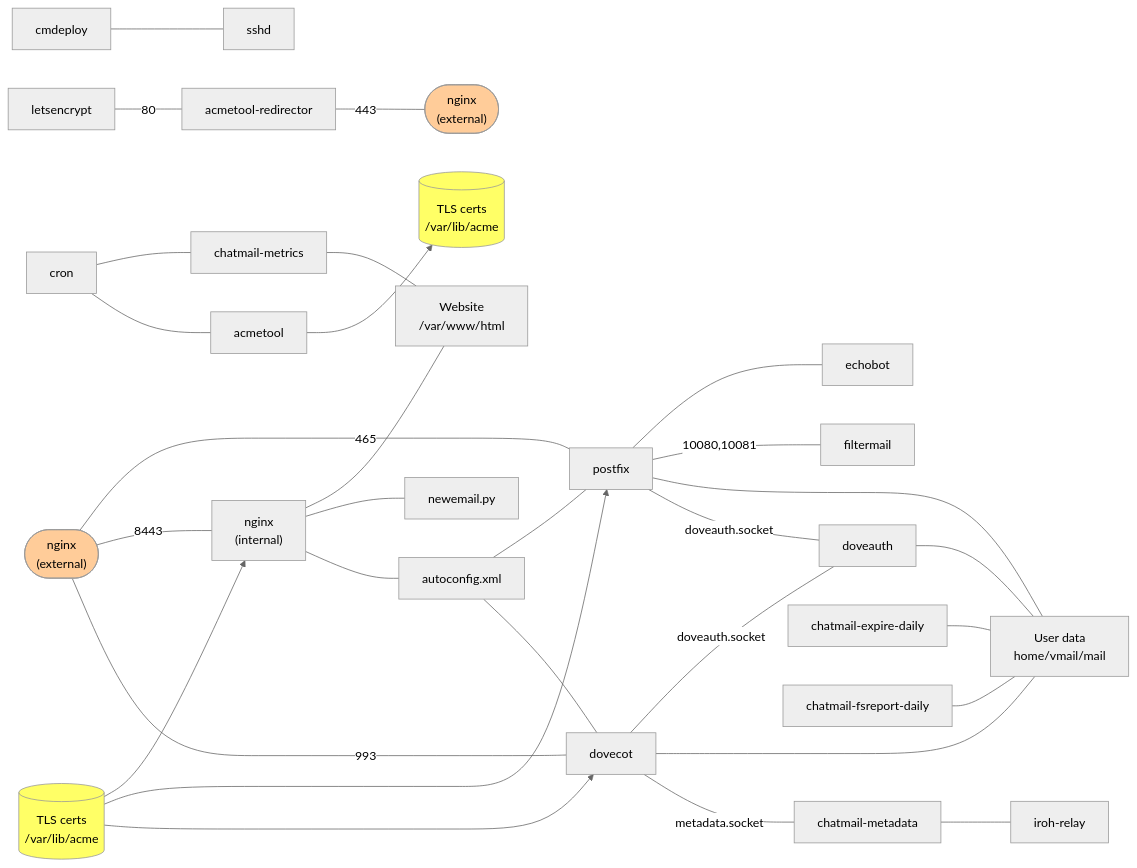
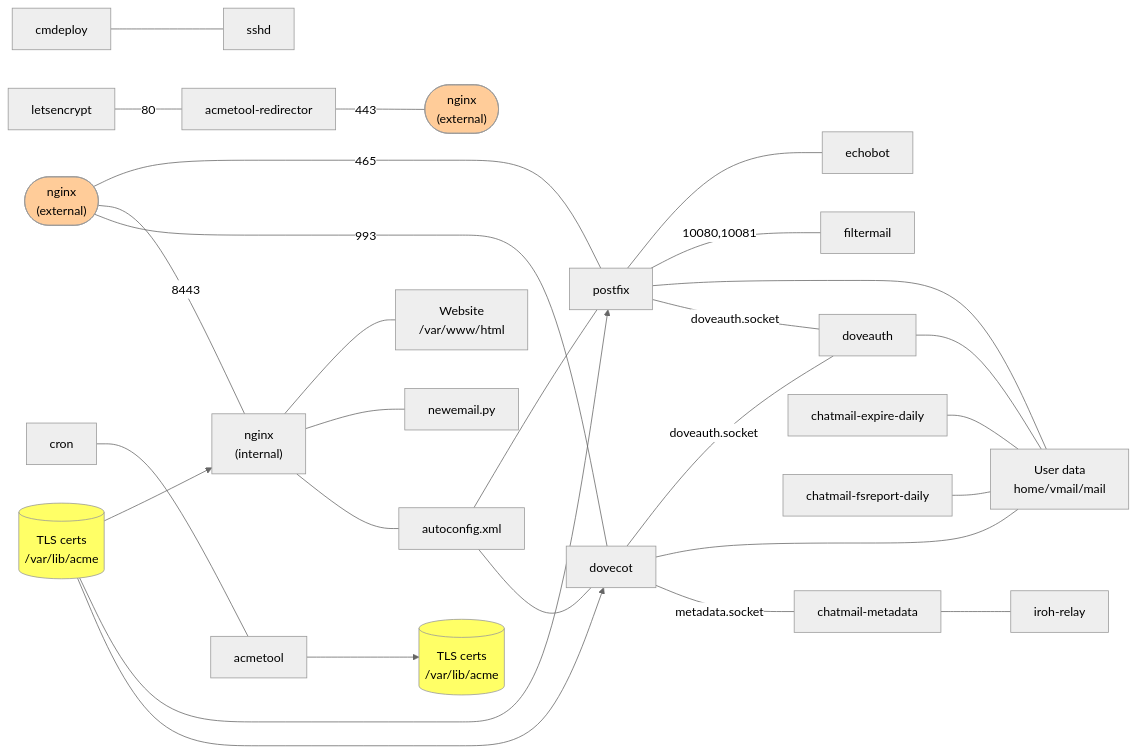
One commit to chatmail/relay changed the diagram in ARCHITECTURE.md. Above: the diagram before and after it, drawn with Mermaid (neutral theme). The commit also changed 7 other files, not shown here.

First line of the commit message:
Remove /metrics from the website

````diff
--- a/ARCHITECTURE.md
+++ b/ARCHITECTURE.md
@@ -4,43 +4,41 @@
 ```mermaid
 graph LR;
     cmdeploy --- sshd;
     letsencrypt --- |80|acmetool-redirector;
     acmetool-redirector --- |443|nginx-right(["`nginx
     (external)`"]);
     nginx-external --- |465|postfix;
     nginx-external(["`nginx
     (external)`"]) --- |8443|nginx-internal["`nginx
     (internal)`"];
     nginx-internal --- website["`Website
     /var/www/html`"];
     nginx-internal --- newemail.py;
     nginx-internal --- autoconfig.xml;
     certs-nginx[("`TLS certs
     /var/lib/acme`")] --> nginx-internal;
-    cron --- chatmail-metrics;
     cron --- acmetool;
-    chatmail-metrics --- website;
     acmetool --> certs[("`TLS certs
     /var/lib/acme`")];
     nginx-external --- |993|dovecot;
     autoconfig.xml --- postfix;
     autoconfig.xml --- dovecot;
     postfix --- echobot;
     postfix --- |10080,10081|filtermail;
     postfix --- users["`User data
     home/vmail/mail`"];
     postfix --- |doveauth.socket|doveauth;
     dovecot --- |doveauth.socket|doveauth;
     dovecot --- users;
     dovecot --- |metadata.socket|chatmail-metadata;
     doveauth --- users;
     chatmail-expire-daily --- users;
     chatmail-fsreport-daily --- users;
     chatmail-metadata --- iroh-relay;
     certs-nginx --> postfix;
     certs-nginx --> dovecot;
     style certs fill:#ff6;
     style certs-nginx fill:#ff6;
     style nginx-external fill:#fc9;
     style nginx-right fill:#fc9;
 ```
````
